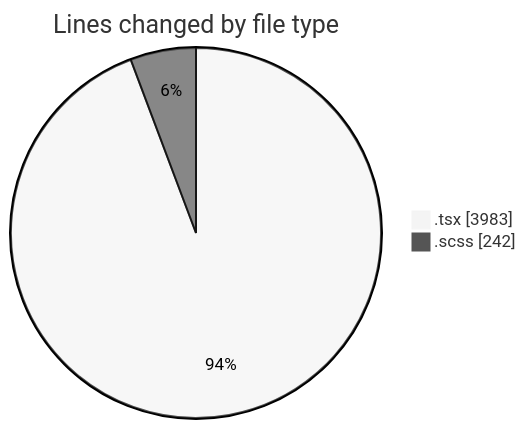
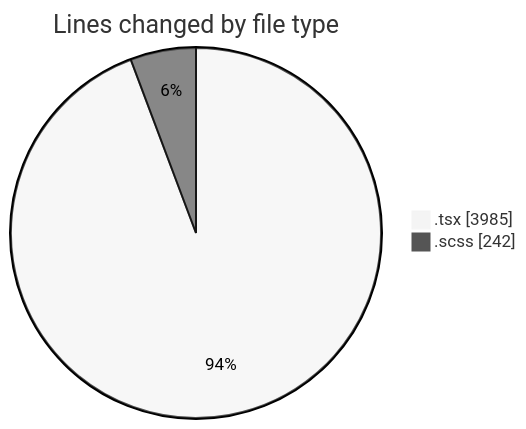
The first of 2 diagrams in 2025-07-03/cda/README.md (momahboobian/code-tracking), drawn with Mermaid (neutral theme) before and after one commit. The commit also changed other lines of this file and 1 other file, not shown here.

````diff
--- a/2025-07-03/cda/README.md
+++ b/2025-07-03/cda/README.md
@@ -36,6 +36,6 @@
 ```mermaid
 pie showData
 title Lines changed by file type
-".tsx" : 3983
+".tsx" : 3985
 ".scss" : 242
 ```
````
